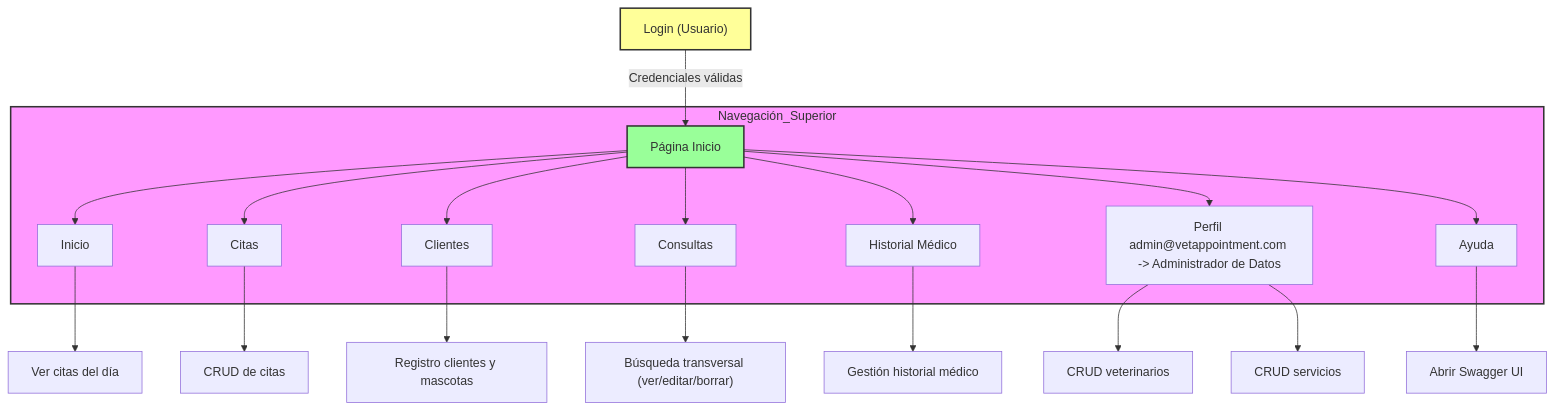
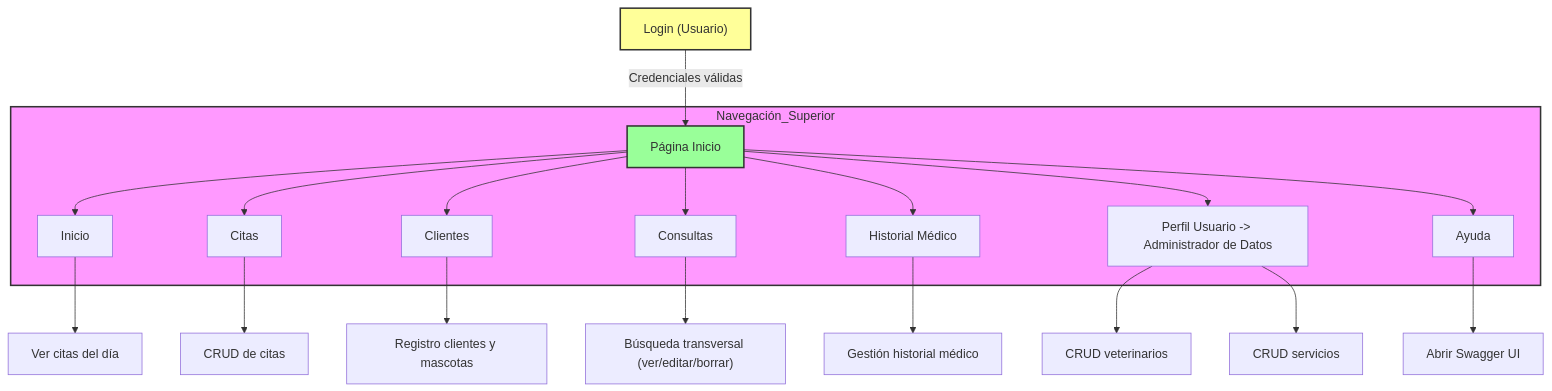
The diagram in README.md (florinasamoila/vetappointment), drawn with Mermaid before and after one commit.

````diff
--- a/README.md
+++ b/README.md
@@ -122,28 +122,28 @@
 ```mermaid
 flowchart TD
   A["Login (Usuario)"] -->|Credenciales válidas| B["Página Inicio"]
 
   subgraph Navegación_Superior
     B --> C["Inicio"]
     B --> D["Citas"]
     B --> E["Clientes"]
     B --> F["Consultas"]
     B --> G["Historial Médico"]
-    B --> H["Perfil admin@vetappointment.com -> Administrador de Datos"]
+    B --> H["Perfil Usuario -> Administrador de Datos"]
     B --> I["Ayuda"]
   end
 
   C --> C1["Ver citas del día"]
   D --> D1["CRUD de citas"]
   E --> E1["Registro clientes y mascotas"]
   F --> F1["Búsqueda transversal (ver/editar/borrar)"]
   G --> G1["Gestión historial médico"]
   H --> H1["CRUD veterinarios"]
   H --> H2["CRUD servicios"]
   I --> I1["Abrir Swagger UI"]
 
   style Navegación_Superior fill:#f9f,stroke:#333,stroke-width:2px
   style A fill:#ff9,stroke:#333,stroke-width:2px
   style B fill:#9f9,stroke:#333,stroke-width:2px
 
 ```
````
